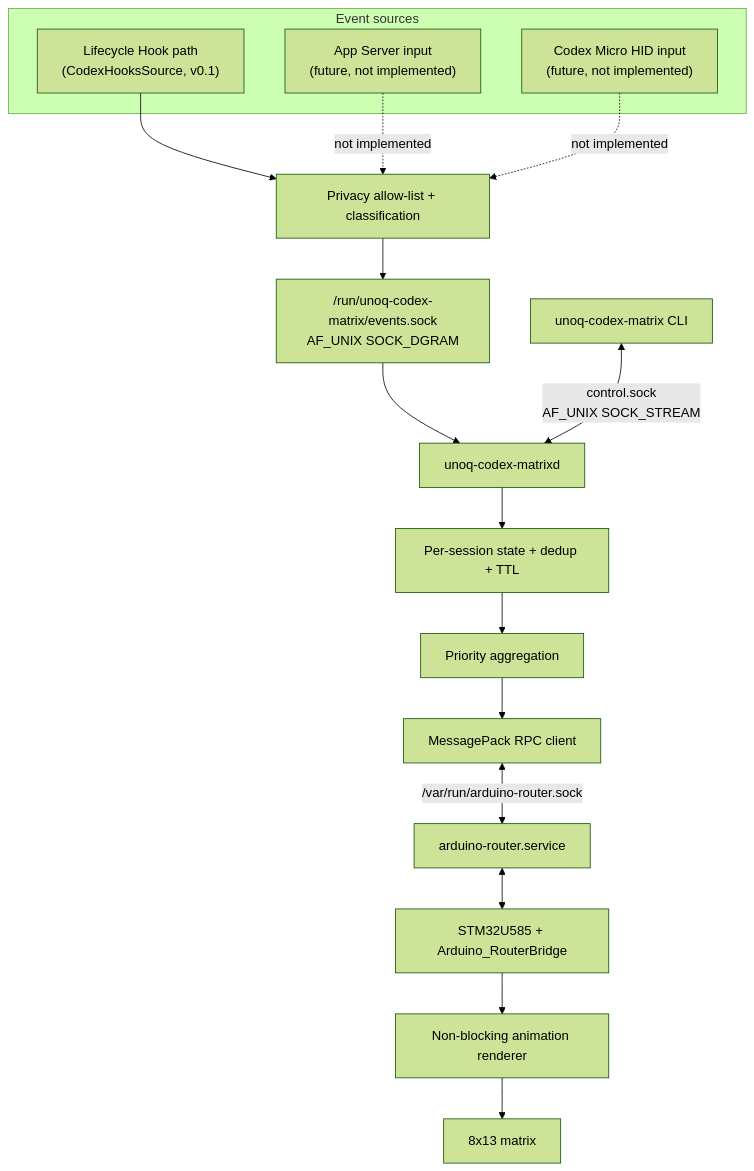
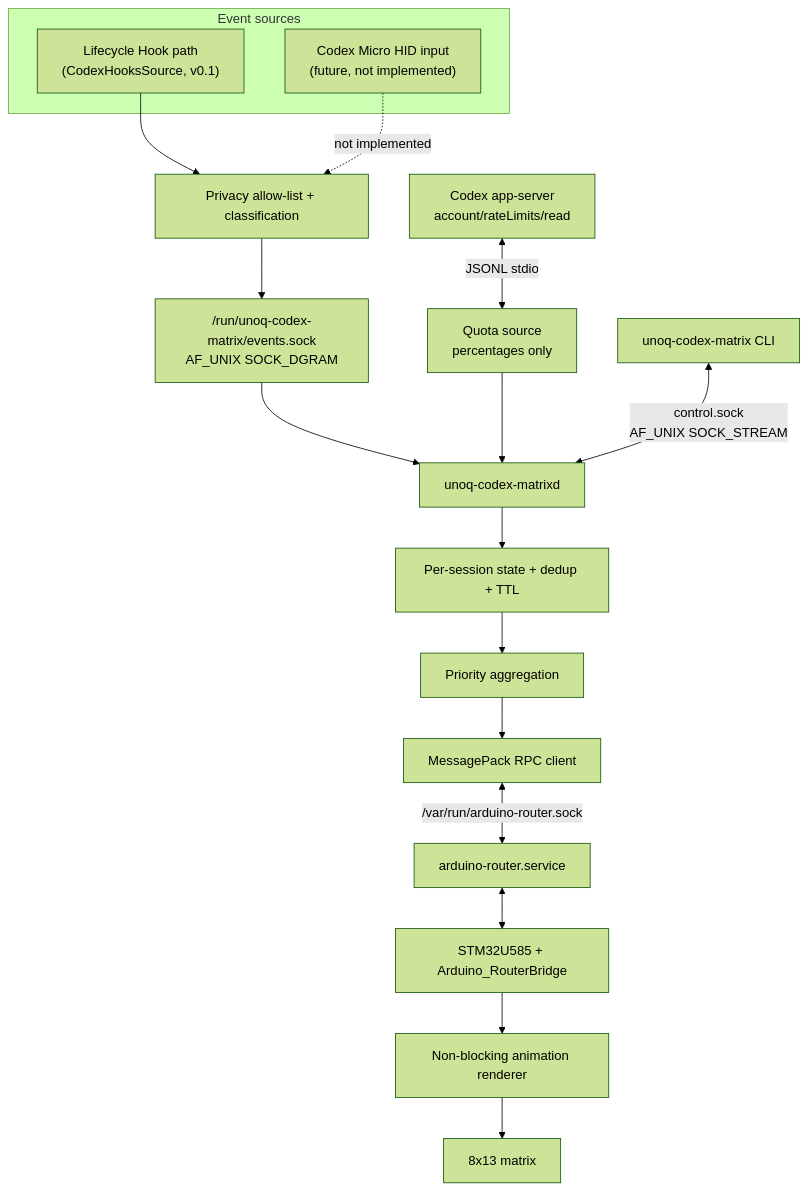
The first of 3 diagrams in docs/architecture.md (HSBL-ko-gyo/unoq-codex-matrix), drawn with Mermaid (forest theme) before and after one commit. The commit also changed other lines of this file and 21 other files, not shown here.

Commit message:
Add Codex quota bar to bottom row

````diff
--- a/docs/architecture.md
+++ b/docs/architecture.md
@@ -19,22 +19,22 @@
 ```mermaid
 flowchart TB
     subgraph Inputs["Event sources"]
         Hooks["Lifecycle Hook path<br/>(CodexHooksSource, v0.1)"]
-        AppServer["App Server input<br/>(future, not implemented)"]
         Micro["Codex Micro HID input<br/>(future, not implemented)"]
     end
 
     Hooks --> Normalize["Privacy allow-list + classification"]
-    AppServer -. "not implemented" .-> Normalize
     Micro -. "not implemented" .-> Normalize
     Normalize --> EventSock["/run/unoq-codex-matrix/events.sock<br/>AF_UNIX SOCK_DGRAM"]
     EventSock --> Daemon["unoq-codex-matrixd"]
+    AppServer["Codex app-server<br/>account/rateLimits/read"] <-->|"JSONL stdio"| Quota["Quota source<br/>percentages only"]
+    Quota --> Daemon
     Daemon --> Sessions["Per-session state + dedup + TTL"]
     Sessions --> Global["Priority aggregation"]
     CLI["unoq-codex-matrix CLI"] <-->|"control.sock<br/>AF_UNIX SOCK_STREAM"| Daemon
     Global --> Bridge["MessagePack RPC client"]
     Bridge <-->|"/var/run/arduino-router.sock"| Router["arduino-router.service"]
     Router <--> Firmware["STM32U585 + Arduino_RouterBridge"]
     Firmware --> Renderer["Non-blocking animation renderer"]
     Renderer --> Matrix["8x13 matrix"]
 ```
````
